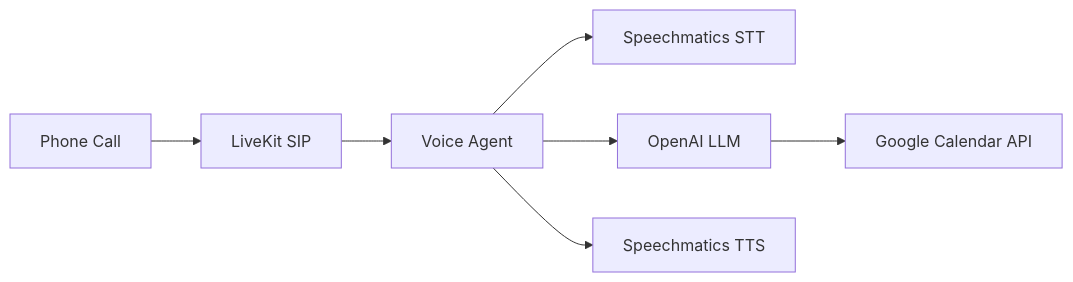
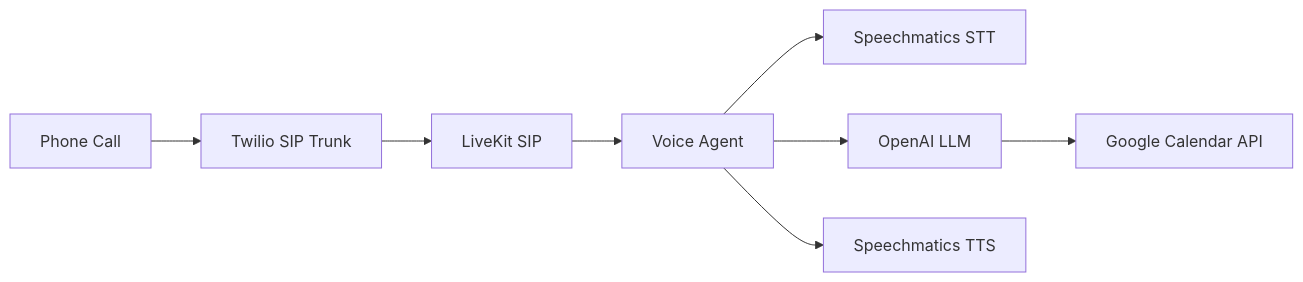
The diagram in use-cases/04-voice-agent-calendar/README.md (speechmatics/speechmatics-academy), drawn with Mermaid before and after one commit. The commit also changed other lines of this file and 1 other file, not shown here.

First line of the commit message:
Updates voice agent calendar example

````diff
--- a/use-cases/04-voice-agent-calendar/README.md
+++ b/use-cases/04-voice-agent-calendar/README.md
@@ -80,9 +82,10 @@
 ```mermaid
 flowchart LR
-    A[Phone Call] --> B[LiveKit SIP]
-    B --> C[Voice Agent]
-    C --> D[Speechmatics STT]
-    C --> E[OpenAI LLM]
-    C --> F[Speechmatics TTS]
-    E --> G[Google Calendar API]
+    A[Phone Call] --> B[Twilio SIP Trunk]
+    B --> C[LiveKit SIP]
+    C --> D[Voice Agent]
+    D --> E[Speechmatics STT]
+    D --> F[OpenAI LLM]
+    D --> G[Speechmatics TTS]
+    F --> H[Google Calendar API]
 ```
````
